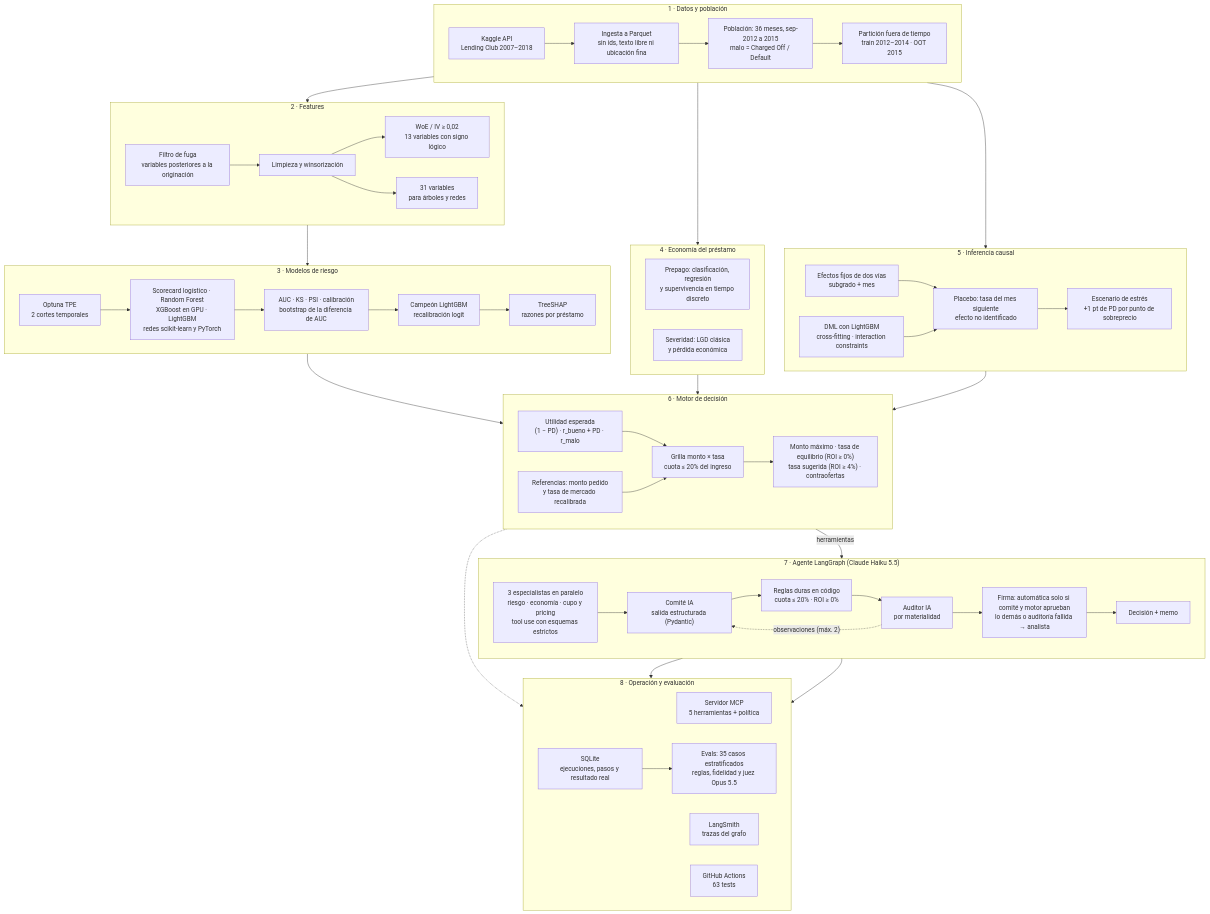
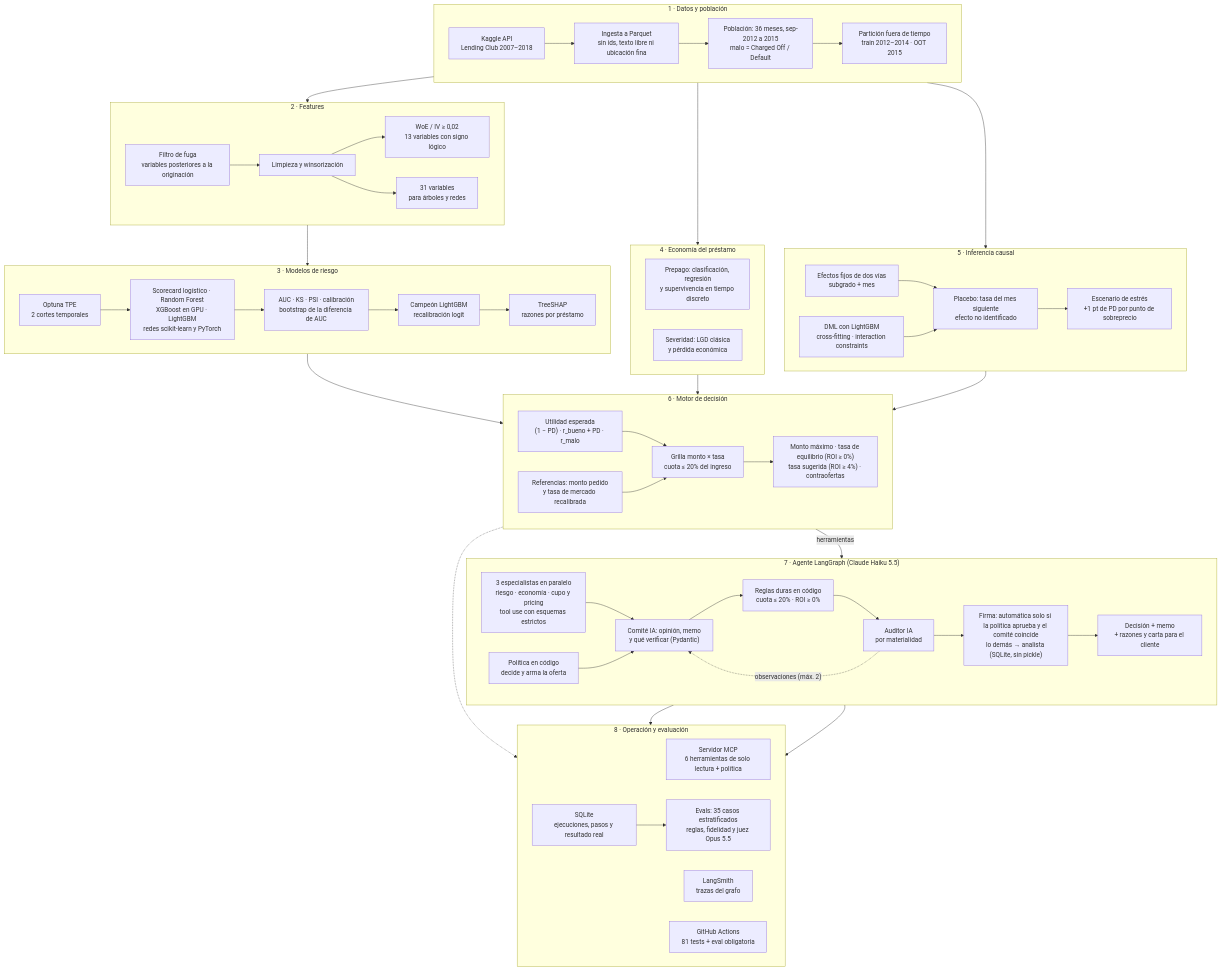
Before and after one commit to neiderolaya26/credit-risk-agent-lab: the diagram in README.md, drawn with Mermaid. The commit also changed other lines of this file and 12 other files, not shown here.

First line of the commit message:
Resultados de la revisión: backtest de la política, P&L neto, equidad, robustez causal y eval obligatoria

````diff
--- a/README.md
+++ b/README.md
@@ -44,73 +48,74 @@
 ```mermaid
 flowchart TB
     subgraph DATOS["1 · Datos y población"]
         direction LR
         K["Kaggle API<br/>Lending Club 2007–2018"] --> I["Ingesta a Parquet<br/>sin ids, texto libre ni ubicación fina"]
         I --> P["Población: 36 meses, sep-2012 a 2015<br/>malo = Charged Off / Default"]
         P --> S["Partición fuera de tiempo<br/>train 2012–2014 · OOT 2015"]
     end
 
     subgraph FEAT["2 · Features"]
         direction LR
         F1["Filtro de fuga<br/>variables posteriores a la originación"] --> F2["Limpieza y winsorización"]
         F2 --> F3["WoE / IV ≥ 0,02<br/>13 variables con signo lógico"]
         F2 --> F4["31 variables<br/>para árboles y redes"]
     end
 
     subgraph RIESGO["3 · Modelos de riesgo"]
         direction LR
         OPT["Optuna TPE<br/>2 cortes temporales"] --> MODS["Scorecard logístico · Random Forest<br/>XGBoost en GPU · LightGBM<br/>redes scikit-learn y PyTorch"]
         MODS --> EV["AUC · KS · PSI · calibración<br/>bootstrap de la diferencia de AUC"]
         EV --> CH["Campeón LightGBM<br/>recalibración logit"]
         CH --> SH["TreeSHAP<br/>razones por préstamo"]
     end
 
     subgraph ECON["4 · Economía del préstamo"]
         direction LR
         PRE["Prepago: clasificación, regresión<br/>y supervivencia en tiempo discreto"]
         SEV["Severidad: LGD clásica<br/>y pérdida económica"]
     end
 
     subgraph CAUSAL["5 · Inferencia causal"]
         direction LR
         C1["Efectos fijos de dos vías<br/>subgrado + mes"] --> C3["Placebo: tasa del mes siguiente<br/>efecto no identificado"]
         C2["DML con LightGBM<br/>cross-fitting · interaction constraints"] --> C3
         C3 --> C4["Escenario de estrés<br/>+1 pt de PD por punto de sobreprecio"]
     end
 
     subgraph MOTOR["6 · Motor de decisión"]
         direction LR
         U["Utilidad esperada<br/>(1 − PD) · r_bueno + PD · r_malo"] --> G["Grilla monto × tasa<br/>cuota ≤ 20% del ingreso"]
         REF["Referencias: monto pedido<br/>y tasa de mercado recalibrada"] --> G
         G --> T["Monto máximo · tasa de equilibrio (ROI ≥ 0%)<br/>tasa sugerida (ROI ≥ 4%) · contraofertas"]
     end
 
     subgraph AGENTE["7 · Agente LangGraph (Claude Haiku 5.5)"]
         direction LR
-        ESP["3 especialistas en paralelo<br/>riesgo · economía · cupo y pricing<br/>tool use con esquemas estrictos"] --> COM["Comité IA<br/>salida estructurada (Pydantic)"]
+        ESP["3 especialistas en paralelo<br/>riesgo · economía · cupo y pricing<br/>tool use con esquemas estrictos"] --> COM["Comité IA: opinión, memo<br/>y qué verificar (Pydantic)"]
+        POL["Política en código<br/>decide y arma la oferta"] --> COM
         COM --> RD["Reglas duras en código<br/>cuota ≤ 20% · ROI ≥ 0%"]
         RD --> AUD["Auditor IA<br/>por materialidad"]
         AUD -. "observaciones (máx. 2)" .-> COM
-        AUD --> FIR["Firma: automática solo si comité y motor aprueban<br/>lo demás o auditoría fallida → analista"]
-        FIR --> MEMO["Decisión + memo"]
+        AUD --> FIR["Firma: automática solo si la política aprueba y el comité coincide<br/>lo demás → analista (SQLite, sin pickle)"]
+        FIR --> MEMO["Decisión + memo<br/>+ razones y carta para el cliente"]
     end
 
     subgraph OPS["8 · Operación y evaluación"]
         direction LR
-        MCP["Servidor MCP<br/>5 herramientas + política"]
+        MCP["Servidor MCP<br/>6 herramientas de solo lectura + política"]
         REG["SQLite<br/>ejecuciones, pasos y resultado real"] --> EVA["Evals: 35 casos estratificados<br/>reglas, fidelidad y juez Opus 5.5"]
         LS["LangSmith<br/>trazas del grafo"]
-        CI["GitHub Actions<br/>63 tests"]
+        CI["GitHub Actions<br/>81 tests + eval obligatoria"]
     end
 
     DATOS --> FEAT --> RIESGO
     DATOS --> ECON
     DATOS --> CAUSAL
     RIESGO --> MOTOR
     ECON --> MOTOR
     CAUSAL --> MOTOR
     MOTOR -- "herramientas" --> AGENTE
     MOTOR -.-> MCP
     MEMO --> REG
     MEMO --> LS
 ```
````
